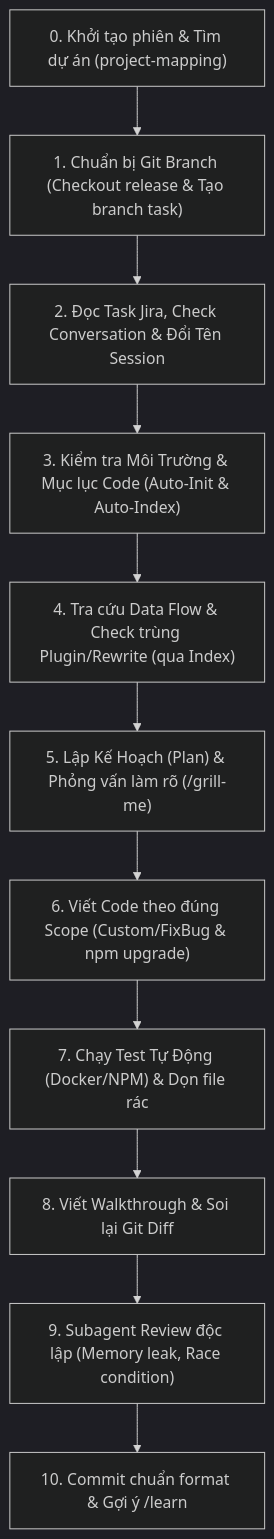
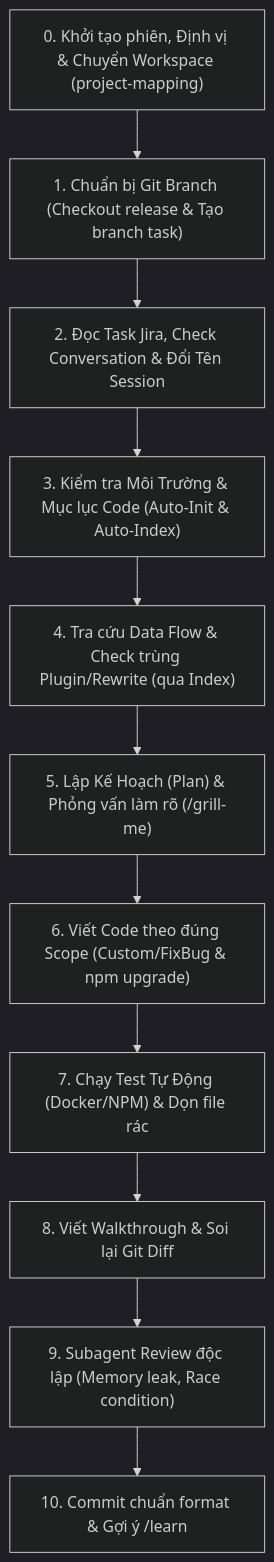
The diagram in rules/user-workflow-and-goals.md (adamphh/study-ai-antigravity-skills), drawn with Mermaid (dark theme) before and after one commit. The commit also changed other lines of this file, not shown here.

Commit message:
Update Step 0: Add mandatory project workspace switch and CWD assignment rule

````diff
--- a/rules/user-workflow-and-goals.md
+++ b/rules/user-workflow-and-goals.md
@@ -18,13 +18,13 @@
 ```mermaid
 flowchart TD
-    A["0. Khởi tạo phiên & Tìm dự án (project-mapping)"] --> B["1. Chuẩn bị Git Branch (Checkout release & Tạo branch task)"]
+    A["0. Khởi tạo phiên, Định vị & Chuyển Workspace (project-mapping)"] --> B["1. Chuẩn bị Git Branch (Checkout release & Tạo branch task)"]
     B --> C["2. Đọc Task Jira, Check Conversation & Đổi Tên Session"]
     C --> D["3. Kiểm tra Môi Trường & Mục lục Code (Auto-Init & Auto-Index)"]
     D --> E["4. Tra cứu Data Flow & Check trùng Plugin/Rewrite (qua Index)"]
     E --> F["5. Lập Kế Hoạch (Plan) & Phỏng vấn làm rõ (/grill-me)"]
     F --> G["6. Viết Code theo đúng Scope (Custom/FixBug & npm upgrade)"]
     G --> H["7. Chạy Test Tự Động (Docker/NPM) & Dọn file rác"]
     H --> I["8. Viết Walkthrough & Soi lại Git Diff"]
     I --> J["9. Subagent Review độc lập (Memory leak, Race condition)"]
     J --> K["10. Commit chuẩn format & Gợi ý /learn"]
 ```
````
